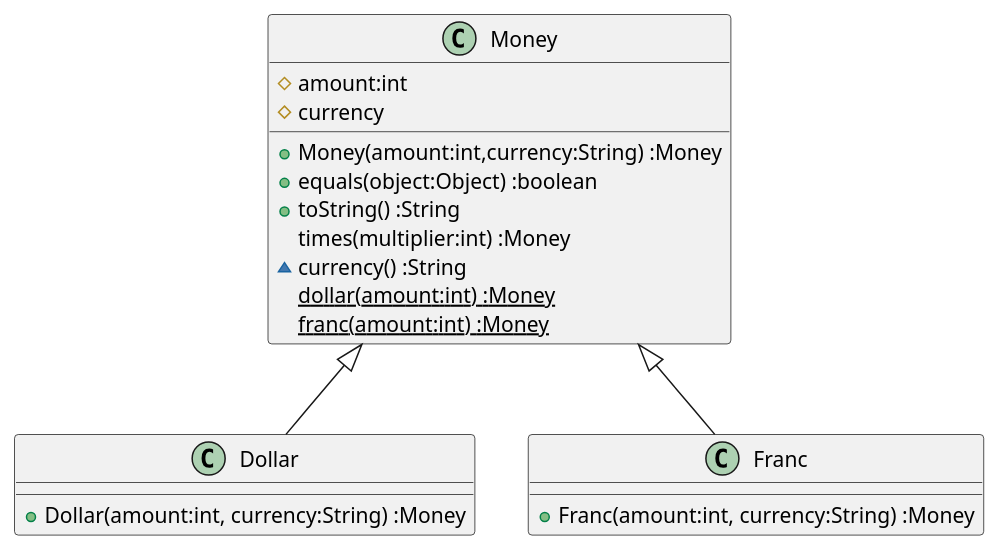
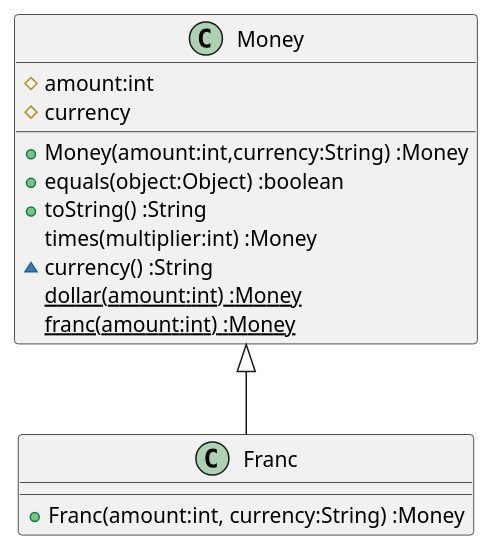
One commit to k2works/etude_for_java changed the diagram in docs/src/TDD.md. Above: the diagram before and after it, drawn with PlantUML. The commit also changed other lines of this file and 4 other files, not shown here.

````diff
--- a/docs/src/TDD.md
+++ b/docs/src/TDD.md
@@ -62,21 +62,17 @@
 ```puml
-class Dollar {
-  +Dollar(amount:int, currency:String) :Money
-}
 class Franc {
   +Franc(amount:int, currency:String) :Money
 }
 class Money {
   #amount:int
   #currency  
   +Money(amount:int,currency:String) :Money
   +equals(object:Object) :boolean  
   +toString() :String
   times(multiplier:int) :Money
   ~currency() :String
   {static} dollar(amount:int) :Money
   {static} franc(amount:int) :Money  
 }
-Money <|-- Dollar
 Money <|-- Franc
 ```
````
